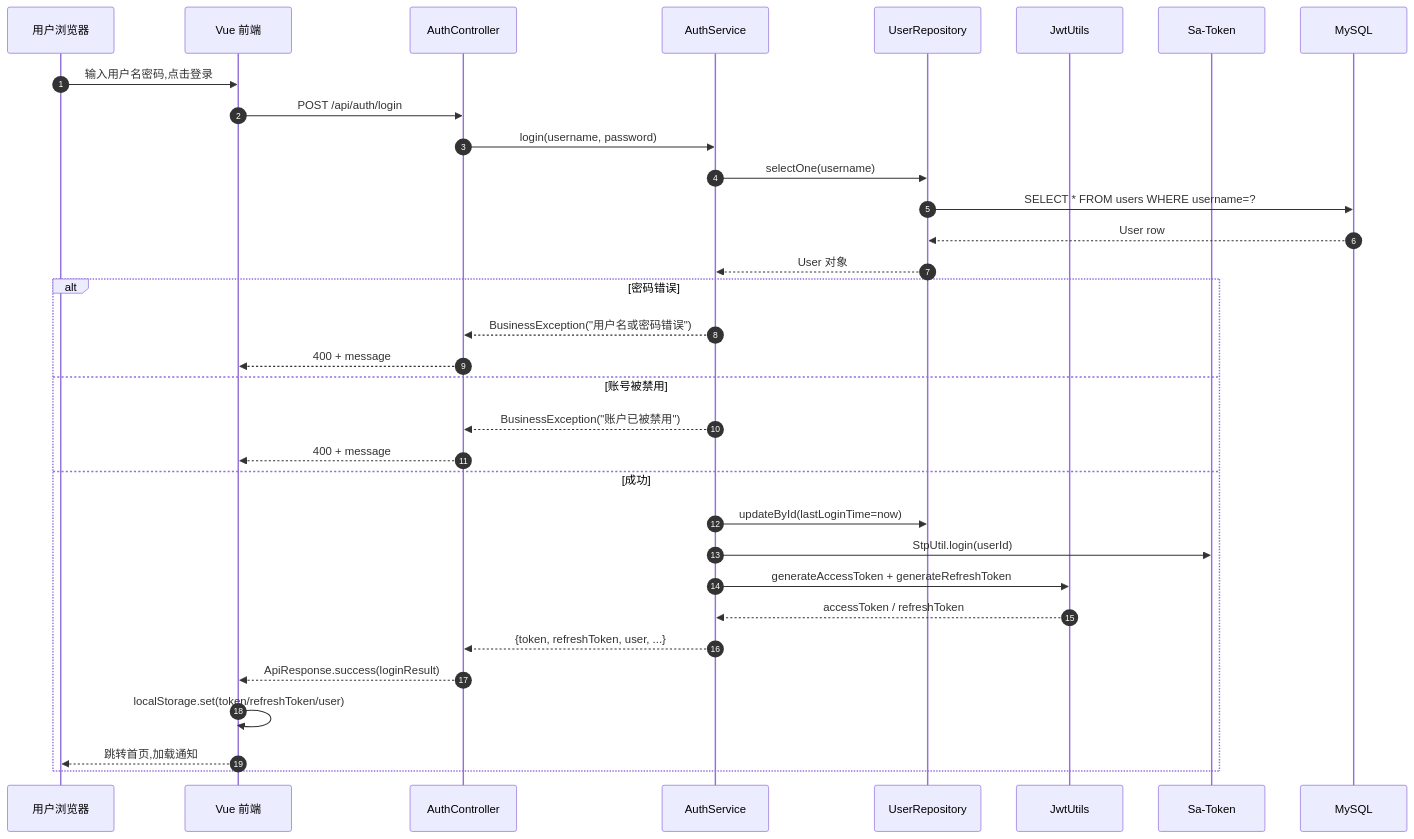
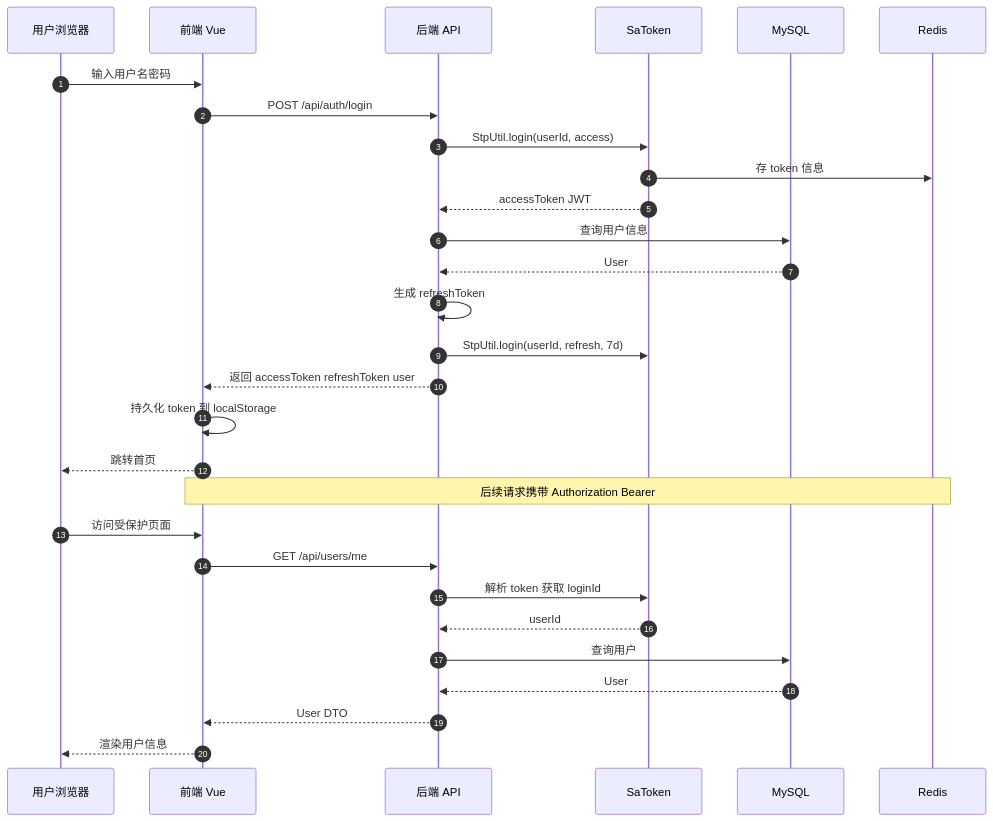
The eighth of 29 diagrams in docs/项目图表.md (zwj-3193655211/campus-LostandFound), drawn with Mermaid before and after one commit. The commit also changed other lines of this file and 51 other files, not shown here.

````diff
--- a/docs/项目图表.md
+++ b/docs/项目图表.md
@@ -360,36 +530,33 @@
 ```mermaid
 sequenceDiagram
     autonumber
     participant U as 用户浏览器
-    participant FE as Vue 前端
-    participant AC as AuthController
-    participant AS as AuthService
-    participant US as UserRepository
-    participant JU as JwtUtils
-    participant ST as Sa-Token
+    participant F as 前端 Vue
+    participant API as 后端 API
+    participant Auth as SaToken
     participant DB as MySQL
+    participant Cache as Redis
 
-    U->>FE: 输入用户名密码,点击登录
-    FE->>AC: POST /api/auth/login
-    AC->>AS: login(username, password)
-    AS->>US: selectOne(username)
-    US->>DB: SELECT * FROM users WHERE username=?
-    DB-->>US: User row
-    US-->>AS: User 对象
-    alt 密码错误
-        AS-->>AC: BusinessException("用户名或密码错误")
-        AC-->>FE: 400 + message
-    else 账号被禁用
-        AS-->>AC: BusinessException("账户已被禁用")
-        AC-->>FE: 400 + message
-    else 成功
-        AS->>US: updateById(lastLoginTime=now)
-        AS->>ST: StpUtil.login(userId)
-        AS->>JU: generateAccessToken + generateRefreshToken
-        JU-->>AS: accessToken / refreshToken
-        AS-->>AC: {token, refreshToken, user, ...}
-        AC-->>FE: ApiResponse.success(loginResult)
-        FE->>FE: localStorage.set(token/refreshToken/user)
-        FE-->>U: 跳转首页,加载通知
-    end
+    U->>F: 输入用户名密码
+    F->>API: POST /api/auth/login
+    API->>Auth: StpUtil.login(userId, access)
+    Auth->>Cache: 存 token 信息
+    Auth-->>API: accessToken JWT
+    API->>DB: 查询用户信息
+    DB-->>API: User
+    API->>API: 生成 refreshToken
+    API->>Auth: StpUtil.login(userId, refresh, 7d)
+    API-->>F: 返回 accessToken refreshToken user
+    F->>F: 持久化 token 到 localStorage
+    F-->>U: 跳转首页
+
+    Note over F,Cache: 后续请求携带 Authorization Bearer
+    U->>F: 访问受保护页面
+    F->>API: GET /api/users/me
+    API->>Auth: 解析 token 获取 loginId
+    Auth-->>API: userId
+    API->>DB: 查询用户
+    DB-->>API: User
+    API-->>F: User DTO
+    F-->>U: 渲染用户信息
 ```
````
